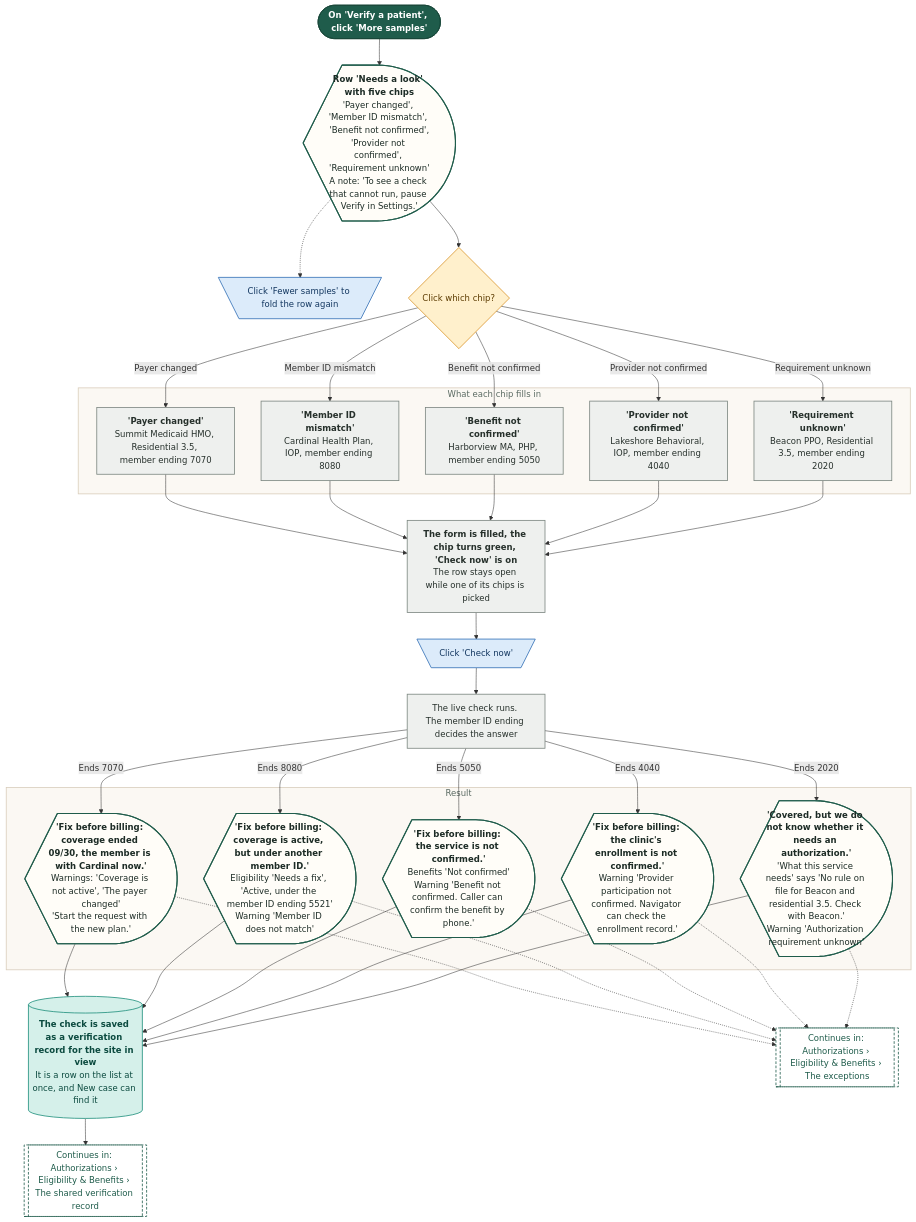
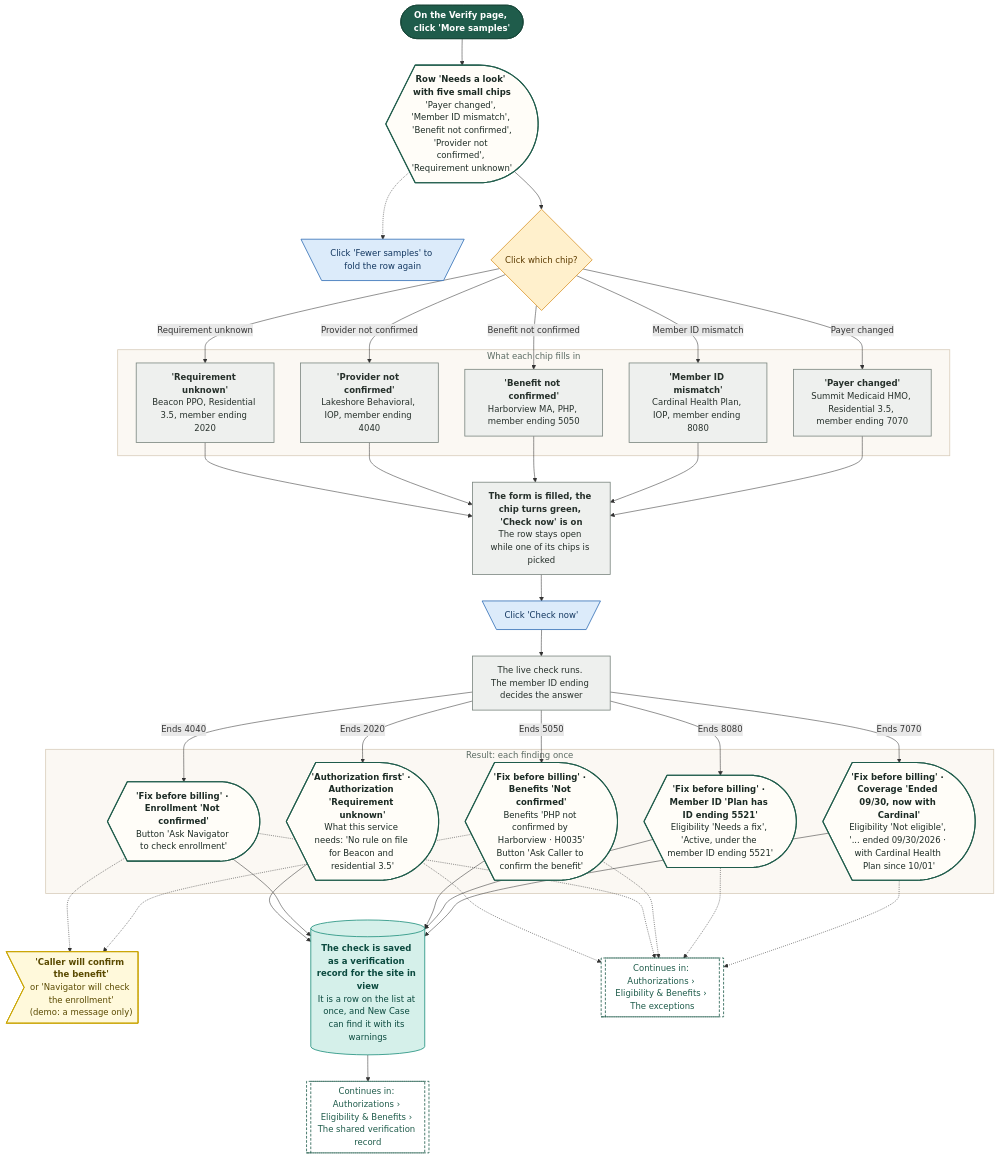
One commit to Shrav143/psyfloapp changed the seventh of 28 diagrams in demos/prior-auth-demo/workflows/out/md/05-eligibility.md. Above: the diagram before and after it, drawn with Mermaid. The commit also changed other lines of this file and 202 other files, not shown here.

First line of the commit message:
docs: round 6 README, CONVENTIONS, spec section 17, diagram module blurbs and 336 rebuilt diagrams

````diff
--- a/demos/prior-auth-demo/workflows/out/md/05-eligibility.md
+++ b/demos/prior-auth-demo/workflows/out/md/05-eligibility.md
@@ -578,68 +504,71 @@
 ```mermaid
 %%{init: {"theme":"base","themeVariables":{"fontFamily":"'DM Sans', 'Segoe UI', system-ui, sans-serif","fontSize":"15px","lineColor":"#5B6B63","primaryTextColor":"#1C2B25","clusterBkg":"#FBF8F3","clusterBorder":"#D9CDBB","edgeLabelBackground":"#FFFFFF"},"flowchart":{"curve":"basis","nodeSpacing":36,"rankSpacing":48,"padding":12,"htmlLabels":true,"useMaxWidth":false,"wrappingWidth":230}} }%%
 flowchart TD
   classDef k_start fill:#1F5C4B,stroke:#174638,color:#FFFFFF,stroke-width:1.5px,font-weight:600
   classDef k_end fill:#DDEFE3,stroke:#2E7D4F,color:#14502F,stroke-width:1.5px,font-weight:600
   classDef k_endx fill:#FBE3E0,stroke:#C0392B,color:#7A1F16,stroke-width:1.5px,font-weight:600
   classDef k_screen fill:#FFFDF8,stroke:#1F5C4B,color:#1C2B25,stroke-width:2px
   classDef k_overlay fill:#F1F7F3,stroke:#1F5C4B,color:#1C2B25,stroke-width:2px,stroke-dasharray:5 3
   classDef k_click fill:#DCEBFA,stroke:#2F6DB5,color:#12365F,stroke-width:1.5px
   classDef k_input fill:#E4E7FF,stroke:#4C5FD5,color:#1D2670,stroke-width:1.5px
   classDef k_process fill:#EEF0EE,stroke:#7A857F,color:#26302B,stroke-width:1.5px
   classDef k_agent fill:#EEE5FA,stroke:#7A4FC2,color:#341A63,stroke-width:1.5px
   classDef k_decision fill:#FFF0CC,stroke:#D9962B,color:#5C3B00,stroke-width:1.5px
   classDef k_store fill:#D5F0EA,stroke:#1C8E7B,color:#0B4A3F,stroke-width:1.5px
   classDef k_doc fill:#F6E9DC,stroke:#B07A4C,color:#4A2E14,stroke-width:1.5px
   classDef k_ext fill:#FFE6D2,stroke:#E07B39,color:#6B2F06,stroke-width:1.5px
   classDef k_wait fill:#E4E8EE,stroke:#6B7C93,color:#26303D,stroke-width:1.5px
   classDef k_toast fill:#FFF9DB,stroke:#C9A400,color:#5A4A00,stroke-width:1.5px
   classDef k_goto fill:#FFFFFF,stroke:#1F5C4B,color:#1F5C4B,stroke-width:1.5px,stroke-dasharray:5 3
-  s1@{ shape: stadium, label: "On 'Verify a patient', click 'More samples'" }
-  sc@{ shape: curv-trap, label: "<b>Row 'Needs a look' with five chips</b><br/>'Payer changed', 'Member ID mismatch', 'Benefit not confirmed',<br/>'Provider not confirmed', 'Requirement unknown'<br/>A note: 'To see a check that cannot run, pause Verify in Settings.'" }
+  s1@{ shape: stadium, label: "On the Verify page, click 'More samples'" }
+  sc@{ shape: curv-trap, label: "<b>Row 'Needs a look' with five small chips</b><br/>'Payer changed', 'Member ID mismatch', 'Benefit not confirmed',<br/>'Provider not confirmed', 'Requirement unknown'" }
   c0@{ shape: trap-t, label: "Click 'Fewer samples' to fold the row again" }
   q1@{ shape: diam, label: "Click which chip?" }
   subgraph gPick ["What each chip fills in"]
   p1@{ shape: rect, label: "<b>'Payer changed'</b><br/>Summit Medicaid HMO, Residential 3.5, member ending 7070" }
   p2@{ shape: rect, label: "<b>'Member ID mismatch'</b><br/>Cardinal Health Plan, IOP, member ending 8080" }
   p3@{ shape: rect, label: "<b>'Benefit not confirmed'</b><br/>Harborview MA, PHP, member ending 5050" }
   p4@{ shape: rect, label: "<b>'Provider not confirmed'</b><br/>Lakeshore Behavioral, IOP, member ending 4040" }
   p5@{ shape: rect, label: "<b>'Requirement unknown'</b><br/>Beacon PPO, Residential 3.5, member ending 2020" }
   end
   pf@{ shape: rect, label: "<b>The form is filled, the chip turns green, 'Check now' is on</b><br/>The row stays open while one of its chips is picked" }
   c1@{ shape: trap-t, label: "Click 'Check now'" }
   ck@{ shape: rect, label: "The live check runs. The member ID ending decides the answer" }
-  subgraph gRes ["Result"]
-  r1@{ shape: curv-trap, label: "<b>'Fix before billing: coverage ended 09/30, the member is with Cardinal now.'</b><br/>Warnings: 'Coverage is not active', 'The payer changed'<br/>'Start the request with the new plan.'" }
-  r2@{ shape: curv-trap, label: "<b>'Fix before billing: coverage is active, but under another member ID.'</b><br/>Eligibility 'Needs a fix', 'Active, under the member ID ending 5521'<br/>Warning 'Member ID does not match'" }
-  r3@{ shape: curv-trap, label: "<b>'Fix before billing: the service is not confirmed.'</b><br/>Benefits 'Not confirmed'<br/>Warning 'Benefit not confirmed. Caller can confirm the benefit by phone.'" }
-  r4@{ shape: curv-trap, label: "<b>'Fix before billing: the clinic's enrollment is not confirmed.'</b><br/>Warning 'Provider participation not confirmed. Navigator can check the enrollment record.'" }
-  r5@{ shape: curv-trap, label: "<b>'Covered, but we do not know whether it needs an authorization.'</b><br/>'What this service needs' says 'No rule on file for Beacon and residential 3.5. Check with Beacon.'<br/>Warning 'Authorization requirement unknown'" }
+  subgraph gRes ["Result: each finding once"]
+  r1@{ shape: curv-trap, label: "<b>'Fix before billing' · Coverage 'Ended 09/30, now with Cardinal'</b><br/>Eligibility 'Not eligible', '... ended 09/30/2026 · with Cardinal Health Plan since 10/01'" }
+  r2@{ shape: curv-trap, label: "<b>'Fix before billing' · Member ID 'Plan has ID ending 5521'</b><br/>Eligibility 'Needs a fix', 'Active, under the member ID ending 5521'" }
+  r3@{ shape: curv-trap, label: "<b>'Fix before billing' · Benefits 'Not confirmed'</b><br/>Benefits 'PHP not confirmed by Harborview · H0035'<br/>Button 'Ask Caller to confirm the benefit'" }
+  r4@{ shape: curv-trap, label: "<b>'Fix before billing' · Enrollment 'Not confirmed'</b><br/>Button 'Ask Navigator to check enrollment'" }
+  r5@{ shape: curv-trap, label: "<b>'Authorization first' · Authorization 'Requirement unknown'</b><br/>What this service needs: 'No rule on file for Beacon and residential 3.5'" }
   end
-  st@{ shape: cyl, label: "<b>The check is saved as a verification record for the site in view</b><br/>It is a row on the list at once, and New case can find it" }
+  t3@{ shape: odd, label: "<b>'Caller will confirm the benefit'</b><br/>or 'Navigator will check the enrollment'<br/>(demo: a message only)" }
+  st@{ shape: cyl, label: "<b>The check is saved as a verification record for the site in view</b><br/>It is a row on the list at once, and New Case can find it with its warnings" }
   g1@{ shape: subproc, label: "Continues in: Authorizations › Eligibility & Benefits › The exceptions" }
   g2@{ shape: subproc, label: "Continues in: Authorizations › Eligibility & Benefits › The shared verification record" }
   s1 --> sc --> q1
   sc -.-> c0
   q1 -->|"Payer changed"| p1 --> pf
   q1 -->|"Member ID mismatch"| p2 --> pf
   q1 -->|"Benefit not confirmed"| p3 --> pf
   q1 -->|"Provider not confirmed"| p4 --> pf
   q1 -->|"Requirement unknown"| p5 --> pf
   pf --> c1 --> ck
   ck -->|"Ends 7070"| r1
   ck -->|"Ends 8080"| r2
   ck -->|"Ends 5050"| r3
   ck -->|"Ends 4040"| r4
   ck -->|"Ends 2020"| r5
+  r3 & r4 -.-> t3
   r1 & r2 & r3 & r4 & r5 --> st --> g2
   r1 & r2 & r3 & r4 & r5 -.-> g1
   class s1 k_start
   class sc,r1,r2,r3,r4,r5 k_screen
   class c0,c1 k_click
   class q1 k_decision
   class p1,p2,p3,p4,p5,pf,ck k_process
+  class t3 k_toast
   class st k_store
   class g1,g2 k_goto
   style gPick fill:#FBF8F3,stroke:#D9CDBB,stroke-width:1.5px,color:#5B6B63
   style gRes fill:#FBF8F3,stroke:#D9CDBB,stroke-width:1.5px,color:#5B6B63
 ```
````
